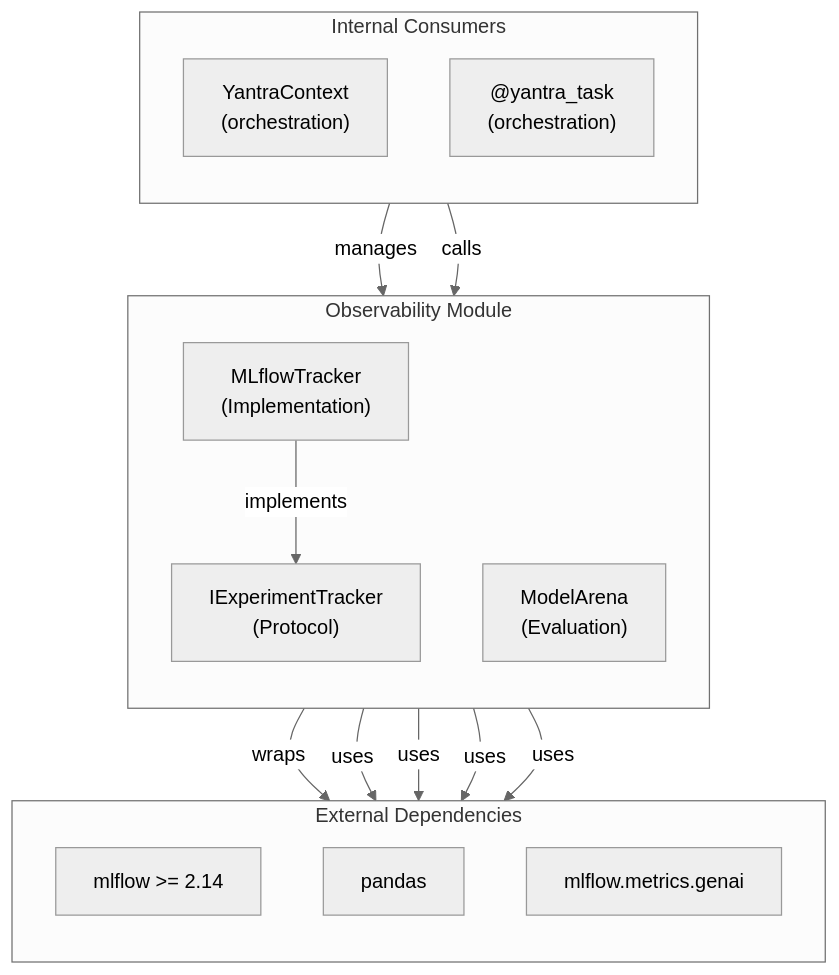
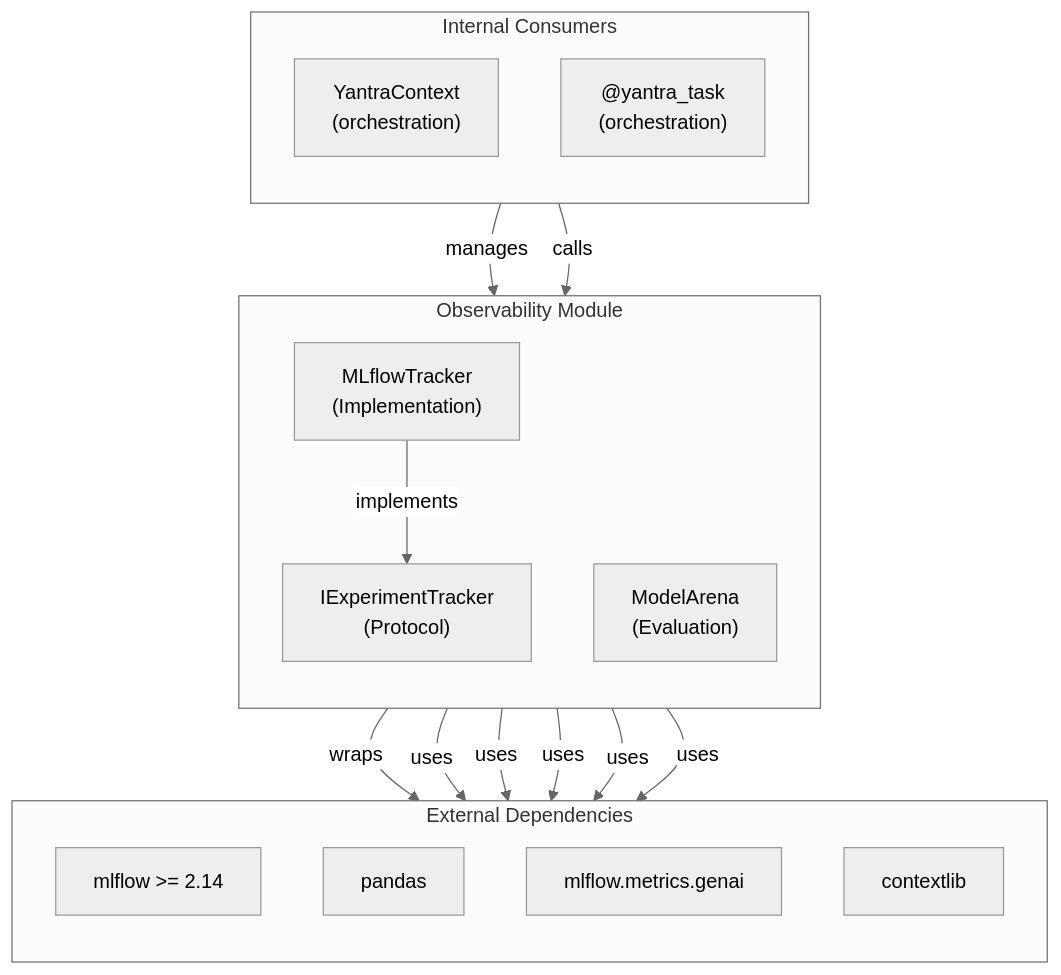
Before and after one commit to NikhilVijayakumar/Yantra: the third of 6 diagrams in docs/paper/modules/observability/architecture.md, drawn with Mermaid (neutral theme). The commit also changed other lines of this file and 24 other files, not shown here.

````diff
--- a/docs/paper/modules/observability/architecture.md
+++ b/docs/paper/modules/observability/architecture.md
@@ -95,31 +95,33 @@
 ```mermaid
 flowchart TD
     subgraph "Observability Module"
         direction TB
         P["IExperimentTracker\n(Protocol)"]
         T["MLflowTracker\n(Implementation)"]
         A["ModelArena\n(Evaluation)"]
     end
 
     subgraph "External Dependencies"
         direction TB
         ML["mlflow >= 2.14"]
         PD["pandas"]
         GM["mlflow.metrics.genai"]
+        CTX["contextlib"]
     end
 
     subgraph "Internal Consumers"
         direction TB
-        CTX["YantraContext\n(orchestration)"]
+        YCTX["YantraContext\n(orchestration)"]
         YT["@yantra_task\n(orchestration)"]
     end
 
     T -->|implements| P
     T -->|wraps| ML
     T -->|uses| PD
+    T -->|uses| CTX
     A -->|uses| ML
     A -->|uses| GM
     A -->|uses| PD
-    CTX -->|manages| P
+    YCTX -->|manages| P
     YT -->|calls| T
 ```
````
